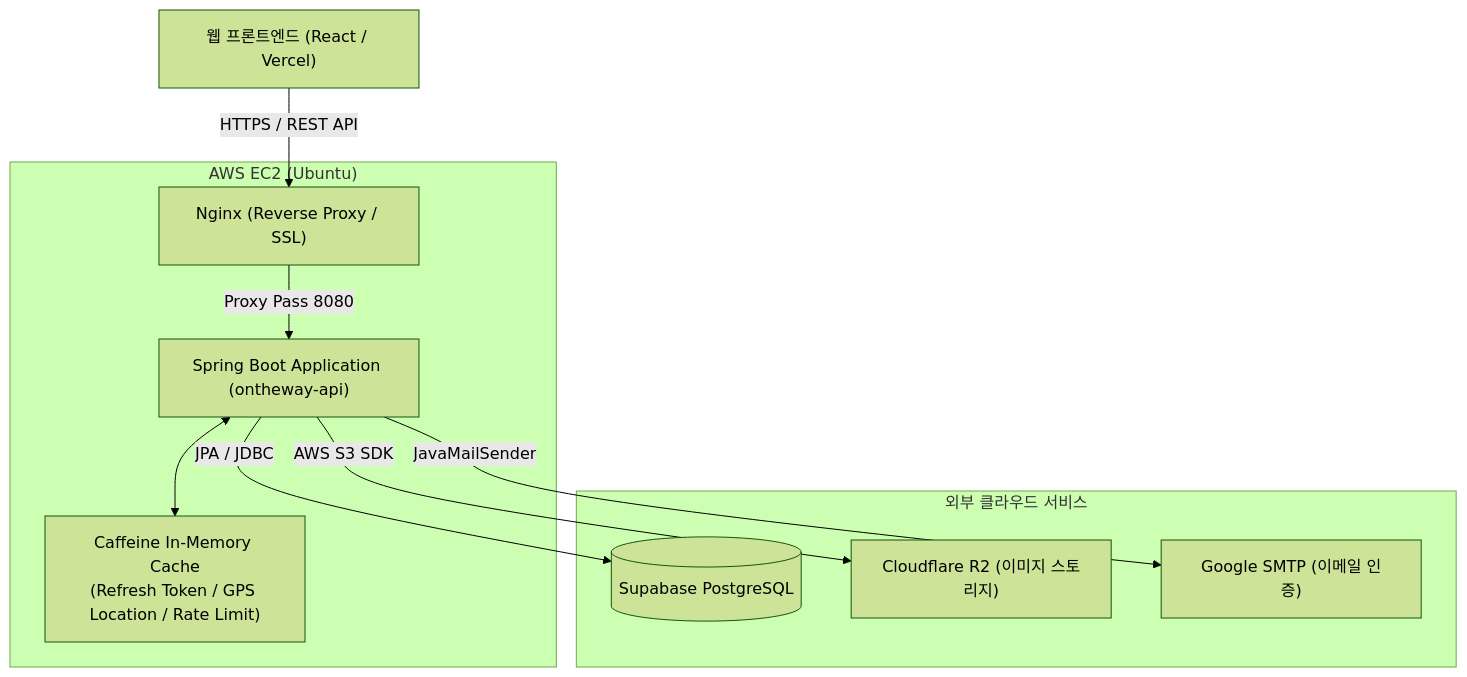
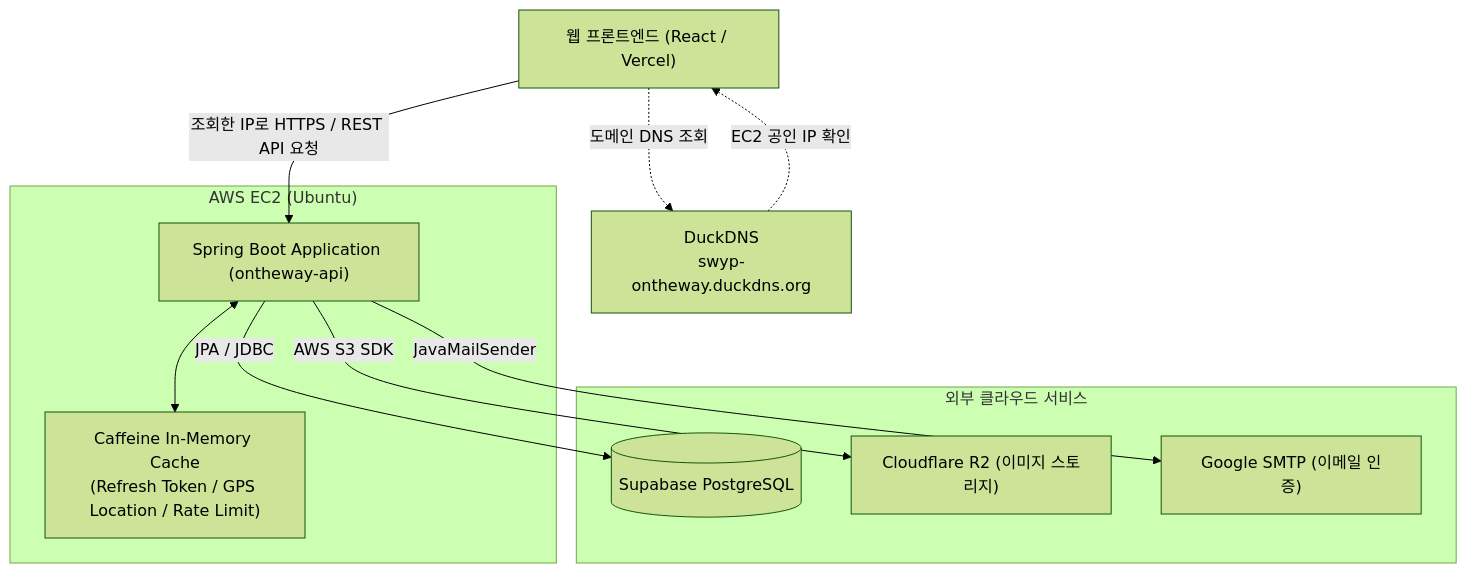
The first of 4 diagrams in README.md (Developer-Choi-Jae-Young/ontheway-api), drawn with Mermaid (forest theme) before and after one commit. The commit also changed other lines of this file, not shown here.

Commit message:
docs: README.md 시스템 아키텍처 및 인프라 구성도 최신화

````diff
--- a/README.md
+++ b/README.md
@@ -113,23 +114,24 @@
 ```mermaid
 flowchart TD
     Client["웹 프론트엔드 (React / Vercel)"]
+    DuckDNS["DuckDNS<br/>swyp-ontheway.duckdns.org"]
 
     subgraph Server["AWS EC2 (Ubuntu)"]
-        Nginx["Nginx (Reverse Proxy / SSL)"]
         SpringBoot["Spring Boot Application (ontheway-api)"]
         Caffeine["Caffeine In-Memory Cache\n(Refresh Token / GPS Location / Rate Limit)"]
     end
 
     subgraph External["외부 클라우드 서비스"]
         Supabase[("Supabase PostgreSQL")]
         CloudflareR2["Cloudflare R2 (이미지 스토리지)"]
         Gmail["Google SMTP (이메일 인증)"]
     end
 
-    Client -->|HTTPS / REST API| Nginx
-    Nginx -->|Proxy Pass 8080| SpringBoot
+    Client -.->|도메인 DNS 조회| DuckDNS
+    DuckDNS -.->|EC2 공인 IP 확인| Client
+    Client -->|조회한 IP로 HTTPS / REST API 요청| SpringBoot
     SpringBoot <--> Caffeine
     SpringBoot -->|JPA / JDBC| Supabase
     SpringBoot -->|AWS S3 SDK| CloudflareR2
     SpringBoot -->|JavaMailSender| Gmail
 ```
````
